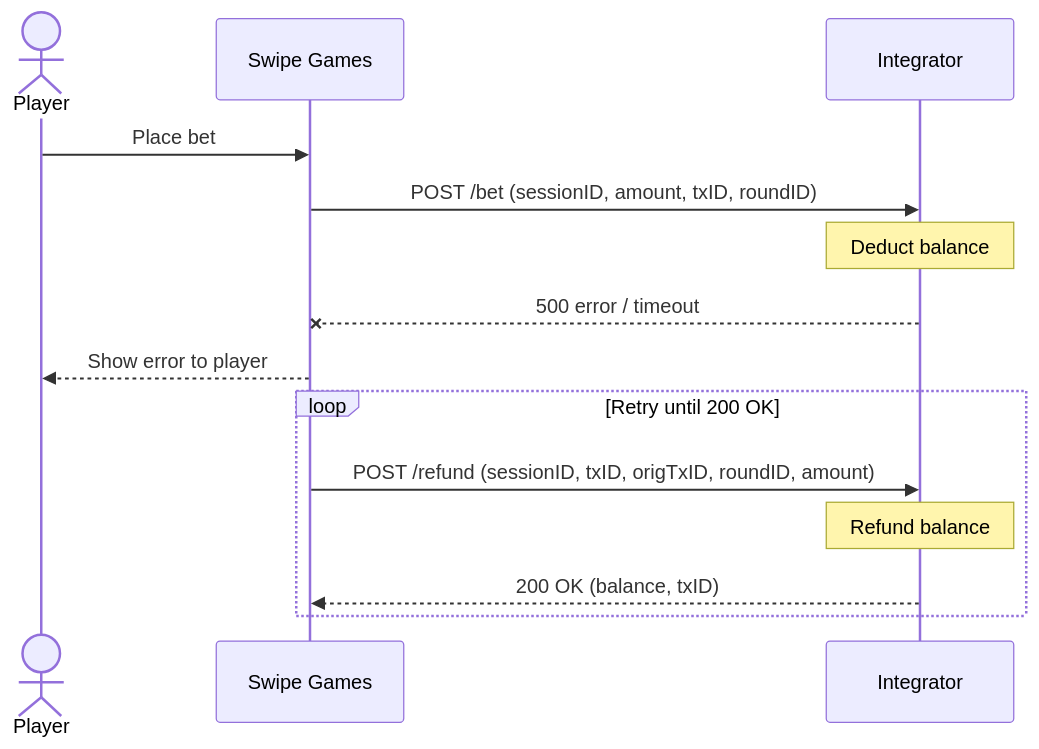
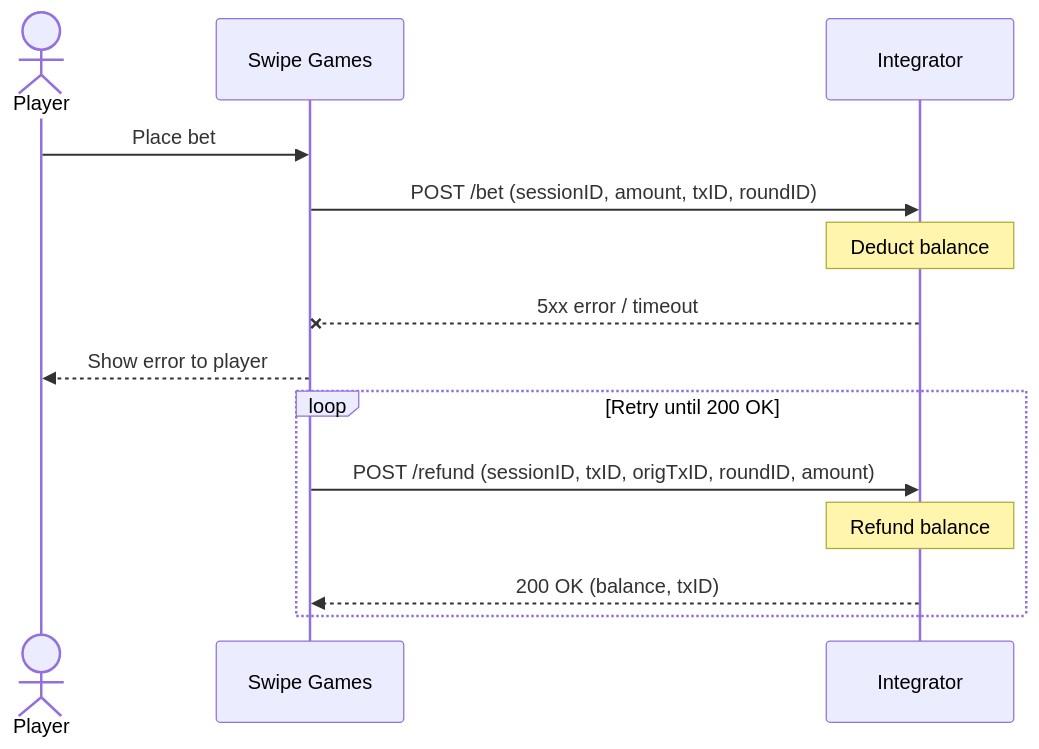
Before and after one commit to SwipeGames/public-api: the third of 3 diagrams in docs/swipegames-integration.md, drawn with Mermaid. The commit also changed other lines of this file and 52 other files, not shown here.

````diff
--- a/docs/swipegames-integration.md
+++ b/docs/swipegames-integration.md
@@ -443,18 +443,18 @@
 ```mermaid
 sequenceDiagram
     actor Player
     participant Swipe Games
     participant Integrator
 
     Player->>Swipe Games: Place bet
     Swipe Games->>Integrator: POST /bet (sessionID, amount, txID, roundID)
     Note over Integrator: Deduct balance
-    Integrator--xSwipe Games: 500 error / timeout
+    Integrator--xSwipe Games: 5xx error / timeout
     Swipe Games-->>Player: Show error to player
 
     loop Retry until 200 OK
         Swipe Games->>Integrator: POST /refund (sessionID, txID, origTxID, roundID, amount)
         Note over Integrator: Refund balance
         Integrator-->>Swipe Games: 200 OK (balance, txID)
     end
 ```
````
